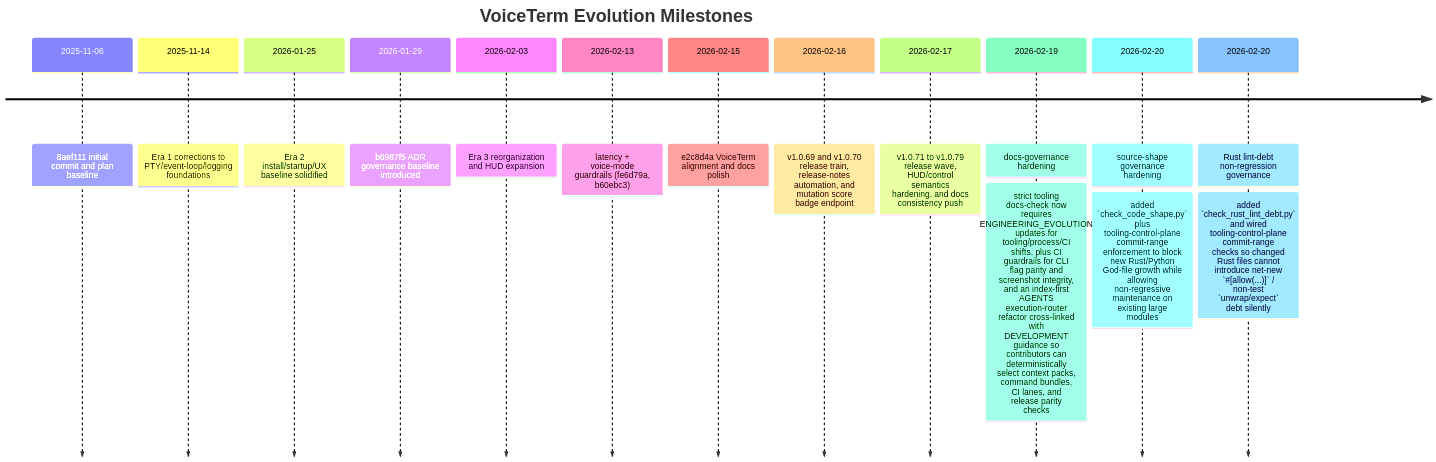
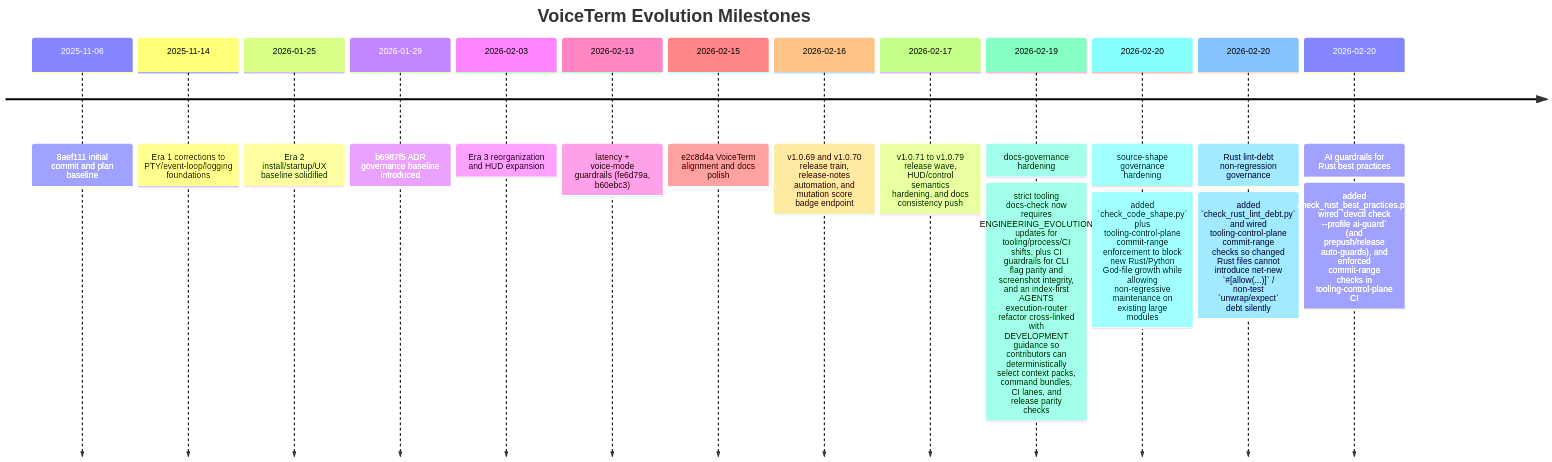
One commit to jguida941/voiceterm changed the third of 5 diagrams in dev/history/ENGINEERING_EVOLUTION.md. Above: the diagram before and after it, drawn with Mermaid. The commit also changed other lines of this file and 10 other files, not shown here.

Commit message:
tooling: add rust best-practices ai guard

````diff
--- a/dev/history/ENGINEERING_EVOLUTION.md
+++ b/dev/history/ENGINEERING_EVOLUTION.md
@@ -423,16 +448,17 @@
 ```mermaid
 timeline
   title VoiceTerm Evolution Milestones
   2025-11-06 : 8aef111 initial commit and plan baseline
   2025-11-14 : Era 1 corrections to PTY/event-loop/logging foundations
   2026-01-25 : Era 2 install/startup/UX baseline solidified
   2026-01-29 : b6987f5 ADR governance baseline introduced
   2026-02-03 : Era 3 reorganization and HUD expansion
   2026-02-13 : latency + voice-mode guardrails (fe6d79a, b60ebc3)
   2026-02-15 : e2c8d4a VoiceTerm alignment and docs polish
   2026-02-16 : v1.0.69 and v1.0.70 release train, release-notes automation, and mutation score badge endpoint
   2026-02-17 : v1.0.71 to v1.0.79 release wave, HUD/control semantics hardening, and docs consistency push
   2026-02-19 : docs-governance hardening: strict tooling docs-check now requires ENGINEERING_EVOLUTION updates for tooling/process/CI shifts, plus CI guardrails for CLI flag parity and screenshot integrity, and an index-first AGENTS execution-router refactor cross-linked with DEVELOPMENT guidance so contributors can deterministically select context packs, command bundles, CI lanes, and release parity checks
   2026-02-20 : source-shape governance hardening: added `check_code_shape.py` plus tooling-control-plane commit-range enforcement to block new Rust/Python God-file growth while allowing non-regressive maintenance on existing large modules
   2026-02-20 : Rust lint-debt non-regression governance: added `check_rust_lint_debt.py` and wired tooling-control-plane commit-range checks so changed Rust files cannot introduce net-new `#[allow(...)]` / non-test `unwrap/expect` debt silently
+  2026-02-20 : AI guardrails for Rust best practices: added `check_rust_best_practices.py`, wired `devctl check --profile ai-guard` (and prepush/release auto-guards), and enforced commit-range checks in tooling-control-plane CI
 ```
````
